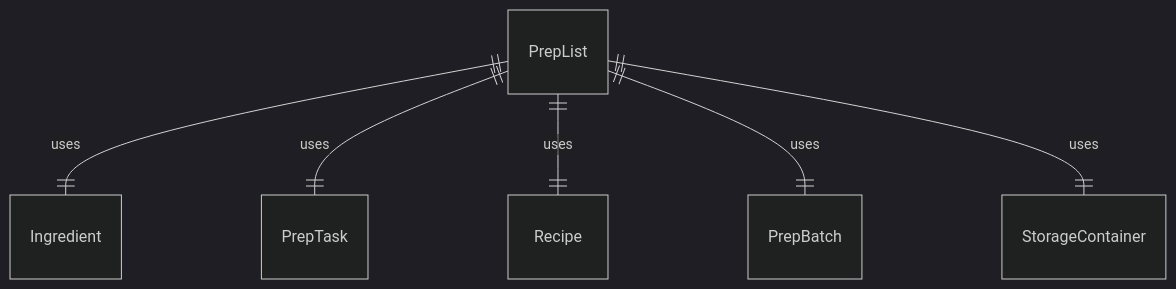
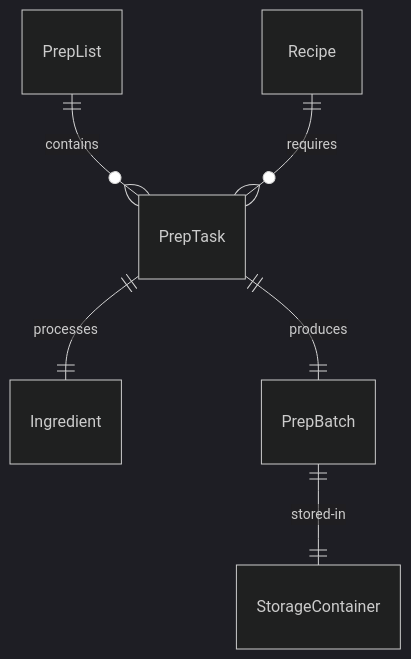
The first of 4 diagrams in HandlingAndMovingObjects/PrepareFoodsOrBeverages/PrepareFoodsCookingServing.mdx (dot-org-ai/tasks.org.ai), drawn with Mermaid (dark theme) before and after one commit. The commit also changed other lines of this file and 515 other files, not shown here.

````diff
--- a/HandlingAndMovingObjects/PrepareFoodsOrBeverages/PrepareFoodsCookingServing.mdx
+++ b/HandlingAndMovingObjects/PrepareFoodsOrBeverages/PrepareFoodsCookingServing.mdx
@@ -87,8 +87,8 @@
 ```mermaid
 erDiagram
-    PrepList ||--|| Ingredient : "uses"
-    PrepList ||--|| PrepTask : "uses"
-    PrepList ||--|| Recipe : "uses"
-    PrepList ||--|| PrepBatch : "uses"
-    PrepList ||--|| StorageContainer : "uses"
+    PrepList ||--o{ PrepTask : "contains"
+    PrepTask ||--|| Ingredient : "processes"
+    Recipe ||--o{ PrepTask : "requires"
+    PrepTask ||--|| PrepBatch : "produces"
+    PrepBatch ||--|| StorageContainer : "stored-in"
 ```
````
